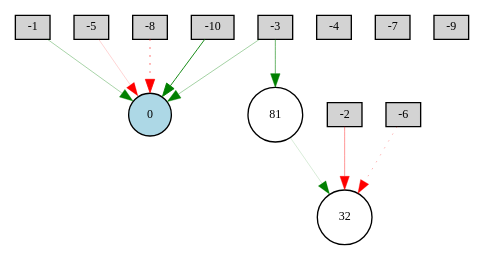
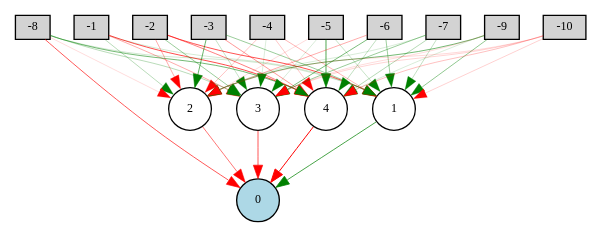
Before and after one commit to PabloHernandezUDC/ria2526: the diagram in plots/2_2_winner_network.gv, drawn with Graphviz. The commit also changed 29 other files, not shown here.

```diff
--- a/plots/2_2_winner_network.gv
+++ b/plots/2_2_winner_network.gv
@@ -1,25 +1,63 @@
 digraph {
 	node [fontsize=9 height=0.2 shape=circle width=0.2]
 	-1 [fillcolor=lightgray shape=box style=filled]
 	-2 [fillcolor=lightgray shape=box style=filled]
 	-3 [fillcolor=lightgray shape=box style=filled]
 	-4 [fillcolor=lightgray shape=box style=filled]
 	-5 [fillcolor=lightgray shape=box style=filled]
 	-6 [fillcolor=lightgray shape=box style=filled]
 	-7 [fillcolor=lightgray shape=box style=filled]
 	-8 [fillcolor=lightgray shape=box style=filled]
 	-9 [fillcolor=lightgray shape=box style=filled]
 	-10 [fillcolor=lightgray shape=box style=filled]
 	0 [fillcolor=lightblue style=filled]
-	81 [fillcolor=white style=filled]
-	32 [fillcolor=white style=filled]
-	-1 -> 0 [color=green penwidth=0.26330420066863325 style=solid]
-	-3 -> 0 [color=green penwidth=0.2672792170972609 style=solid]
-	-8 -> 0 [color=red penwidth=0.5761501297223584 style=dotted]
-	-10 -> 0 [color=green penwidth=0.6827714755179799 style=solid]
-	-6 -> 32 [color=red penwidth=0.2535662480090586 style=dotted]
-	-5 -> 0 [color=red penwidth=0.12784892436233009 style=solid]
-	-2 -> 32 [color=red penwidth=0.30848708407026515 style=solid]
-	81 -> 32 [color=green penwidth=0.11809327548147758 style=solid]
-	-3 -> 81 [color=green penwidth=0.44424439120547066 style=solid]
+	1 [fillcolor=white style=filled]
+	2 [fillcolor=white style=filled]
+	3 [fillcolor=white style=filled]
+	4 [fillcolor=white style=filled]
+	-1 -> 1 [color=green penwidth=0.1262320697603326 style=solid]
+	-1 -> 2 [color=green penwidth=0.20792548925586876 style=solid]
+	-1 -> 3 [color=red penwidth=0.24793138621853425 style=solid]
+	-1 -> 4 [color=red penwidth=0.5344178918733424 style=solid]
+	-2 -> 1 [color=red penwidth=0.5061053846399388 style=solid]
+	-2 -> 2 [color=red penwidth=0.2546326389120287 style=solid]
+	-2 -> 3 [color=green penwidth=0.30299793248770046 style=solid]
+	-2 -> 4 [color=red penwidth=0.3764350111650244 style=solid]
+	-3 -> 1 [color=green penwidth=0.3048244043882552 style=solid]
+	-3 -> 2 [color=green penwidth=0.44630948458733344 style=solid]
+	-3 -> 3 [color=green penwidth=0.16770445690495311 style=solid]
+	-3 -> 4 [color=red penwidth=0.3100353026698681 style=solid]
+	-4 -> 1 [color=red penwidth=0.21613919695057432 style=solid]
+	-4 -> 2 [color=red penwidth=0.17819193385242887 style=solid]
+	-4 -> 3 [color=green penwidth=0.11288103668280489 style=solid]
+	-4 -> 4 [color=red penwidth=0.1677082532732745 style=solid]
+	-5 -> 1 [color=green penwidth=0.17038795991938313 style=solid]
+	-5 -> 2 [color=red penwidth=0.10528416957553788 style=solid]
+	-5 -> 3 [color=green penwidth=0.1216157115736422 style=solid]
+	-5 -> 4 [color=green penwidth=0.5153194794290056 style=solid]
+	-6 -> 1 [color=green penwidth=0.2947258419687614 style=solid]
+	-6 -> 2 [color=red penwidth=0.2504020355084907 style=solid]
+	-6 -> 3 [color=green penwidth=0.3907463073375186 style=solid]
+	-6 -> 4 [color=green penwidth=0.18539738581787724 style=solid]
+	-7 -> 1 [color=green penwidth=0.182837510591446 style=solid]
+	-7 -> 2 [color=green penwidth=0.1179686330397546 style=solid]
+	-7 -> 3 [color=green penwidth=0.3003029217848732 style=solid]
+	-7 -> 4 [color=green penwidth=0.22108999789534262 style=solid]
+	-8 -> 1 [color=green penwidth=0.14158912054239003 style=solid]
+	-8 -> 2 [color=red penwidth=0.10586287086005501 style=solid]
+	-8 -> 3 [color=green penwidth=0.21275875350829027 style=solid]
+	-8 -> 4 [color=green penwidth=0.40878475150864957 style=solid]
+	-9 -> 1 [color=green penwidth=0.3253667296800243 style=solid]
+	-9 -> 2 [color=green penwidth=0.4097577489867761 style=solid]
+	-9 -> 3 [color=red penwidth=0.11172514424921864 style=solid]
+	-9 -> 4 [color=green penwidth=0.11931548492700361 style=solid]
+	-10 -> 1 [color=red penwidth=0.13865708049961106 style=solid]
+	-10 -> 2 [color=red penwidth=0.12205915114768717 style=solid]
+	-10 -> 3 [color=red penwidth=0.1331419312136558 style=solid]
+	-10 -> 4 [color=red penwidth=0.1943452781325768 style=solid]
+	1 -> 0 [color=green penwidth=0.5365243844623697 style=solid]
+	2 -> 0 [color=red penwidth=0.40549534523610486 style=solid]
+	3 -> 0 [color=red penwidth=0.49914904811658956 style=solid]
+	4 -> 0 [color=red penwidth=0.7500242543278783 style=solid]
+	-8 -> 0 [color=red penwidth=0.493971500821592 style=solid]
 }
```
